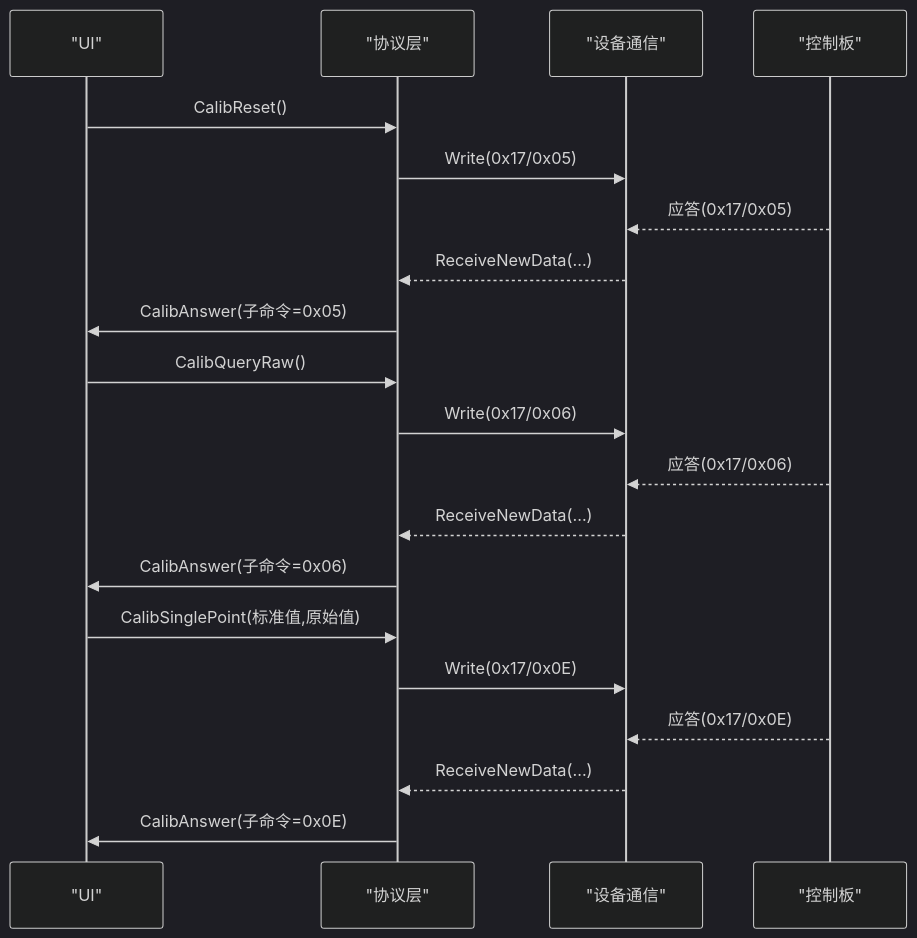
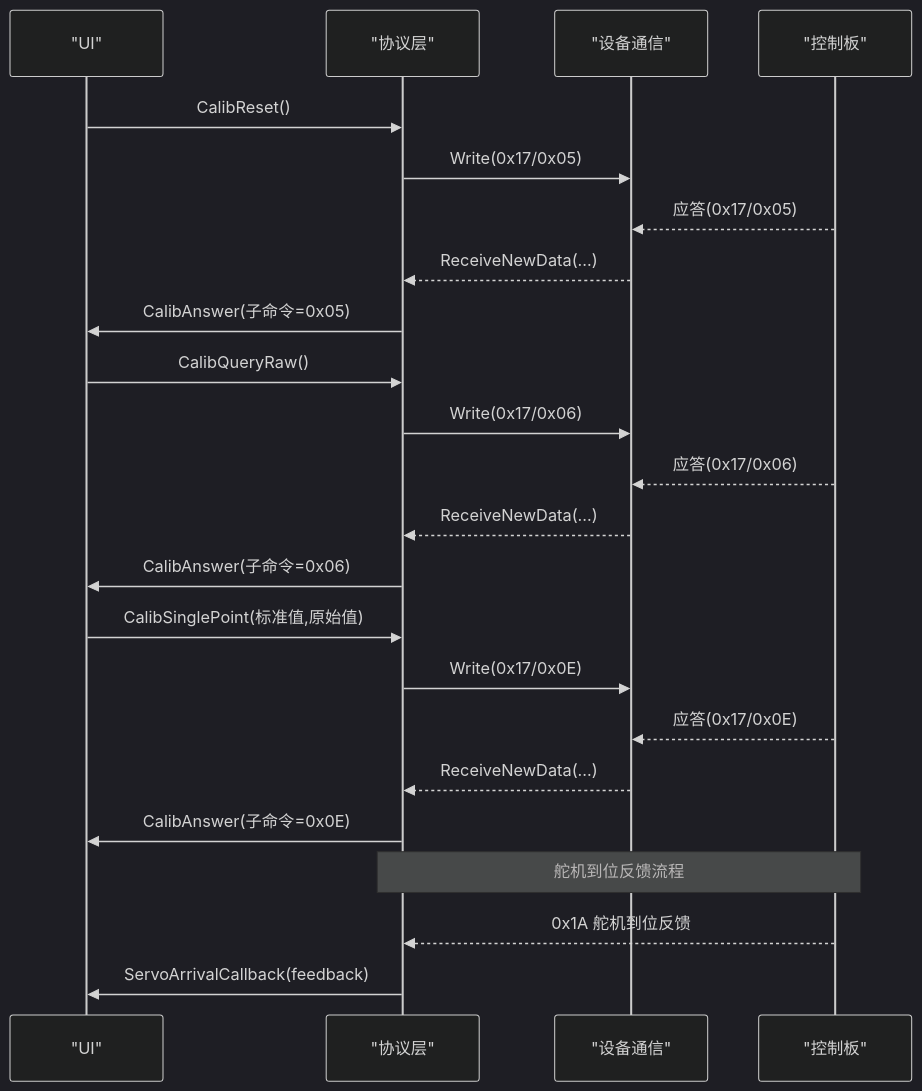
The fourth of 6 diagrams in .qoder/repowiki/zh/content/核心模块/协议处理模块.md (yangreest/Zero-value-Insulator-Robot-V2), drawn with Mermaid (dark theme) before and after one commit. The commit also changed other lines of this file and 4 other files, not shown here.

````diff
--- a/.qoder/repowiki/zh/content/核心模块/协议处理模块.md
+++ b/.qoder/repowiki/zh/content/核心模块/协议处理模块.md
@@ -282,22 +296,25 @@
 ```mermaid
 sequenceDiagram
 participant UI as "UI"
 participant P as "协议层"
 participant C as "设备通信"
 participant D as "控制板"
 UI->>P : CalibReset()
 P->>C : Write(0x17/0x05)
 D-->>C : 应答(0x17/0x05)
 C-->>P : ReceiveNewData(...)
 P->>UI : CalibAnswer(子命令=0x05)
 UI->>P : CalibQueryRaw()
 P->>C : Write(0x17/0x06)
 D-->>C : 应答(0x17/0x06)
 C-->>P : ReceiveNewData(...)
 P->>UI : CalibAnswer(子命令=0x06)
 UI->>P : CalibSinglePoint(标准值,原始值)
 P->>C : Write(0x17/0x0E)
 D-->>C : 应答(0x17/0x0E)
 C-->>P : ReceiveNewData(...)
 P->>UI : CalibAnswer(子命令=0x0E)
+Note over D,P : 舵机到位反馈流程
+D-->>P : 0x1A 舵机到位反馈
+P->>UI : ServoArrivalCallback(feedback)
 ```
````
